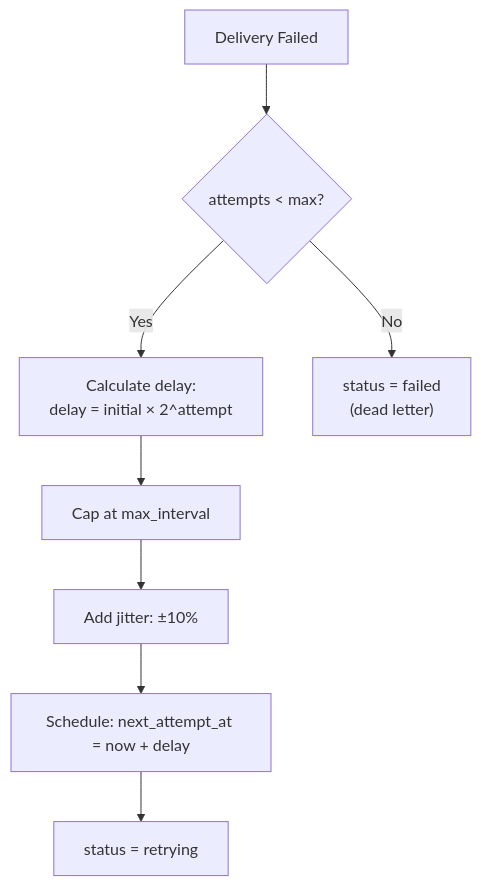
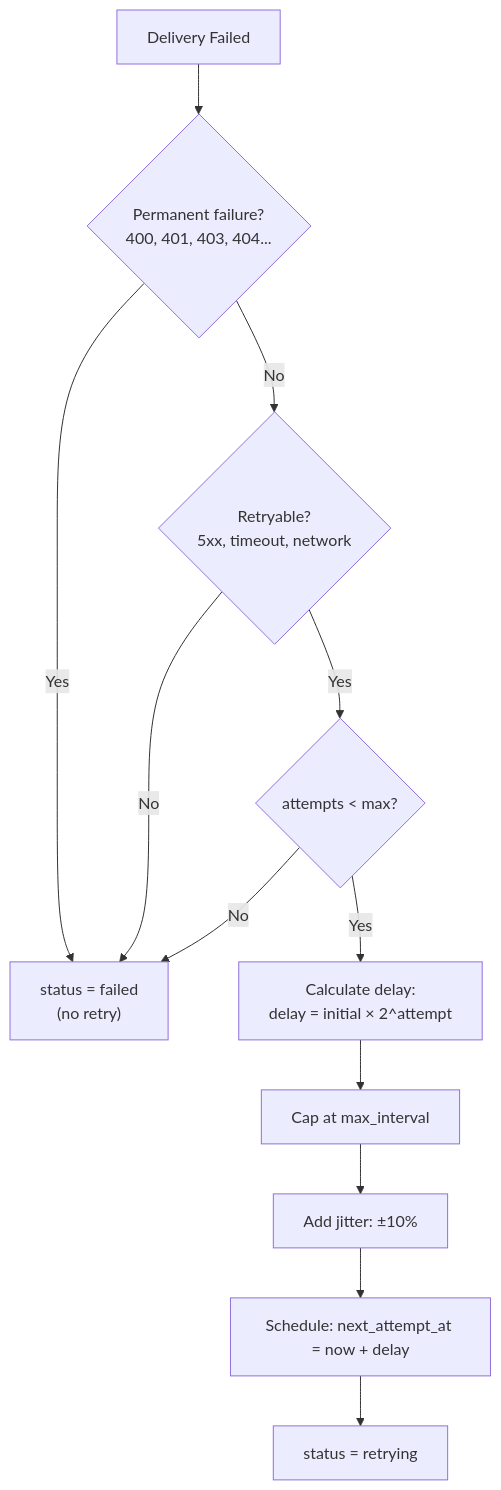
The fifth of 11 diagrams in docs/architecture.md (felipepmaragno/webhook-service), drawn with Mermaid before and after one commit. The commit also changed other lines of this file and 2 other files, not shown here.

First line of the commit message:
docs: update documentation for Kafka architecture and intelligent retry

````diff
--- a/docs/architecture.md
+++ b/docs/architecture.md
@@ -181,12 +198,18 @@
 ```mermaid
 flowchart TD
-    Start["Delivery Failed"] --> CanRetry{attempts < max?}
+    Start["Delivery Failed"] --> CheckPermanent{Permanent failure?<br/>400, 401, 403, 404...}
+    
+    CheckPermanent -->|Yes| Failed["status = failed<br/>(no retry)"]
+    CheckPermanent -->|No| CheckRetryable{Retryable?<br/>5xx, timeout, network}
+    
+    CheckRetryable -->|No| Failed
+    CheckRetryable -->|Yes| CanRetry{attempts < max?}
     
     CanRetry -->|Yes| Calculate["Calculate delay:<br/>delay = initial × 2^attempt"]
     Calculate --> Cap["Cap at max_interval"]
     Cap --> Jitter["Add jitter: ±10%"]
     Jitter --> Schedule["Schedule: next_attempt_at = now + delay"]
     Schedule --> Status["status = retrying"]
     
-    CanRetry -->|No| Failed["status = failed<br/>(dead letter)"]
+    CanRetry -->|No| Failed
 ```
````
